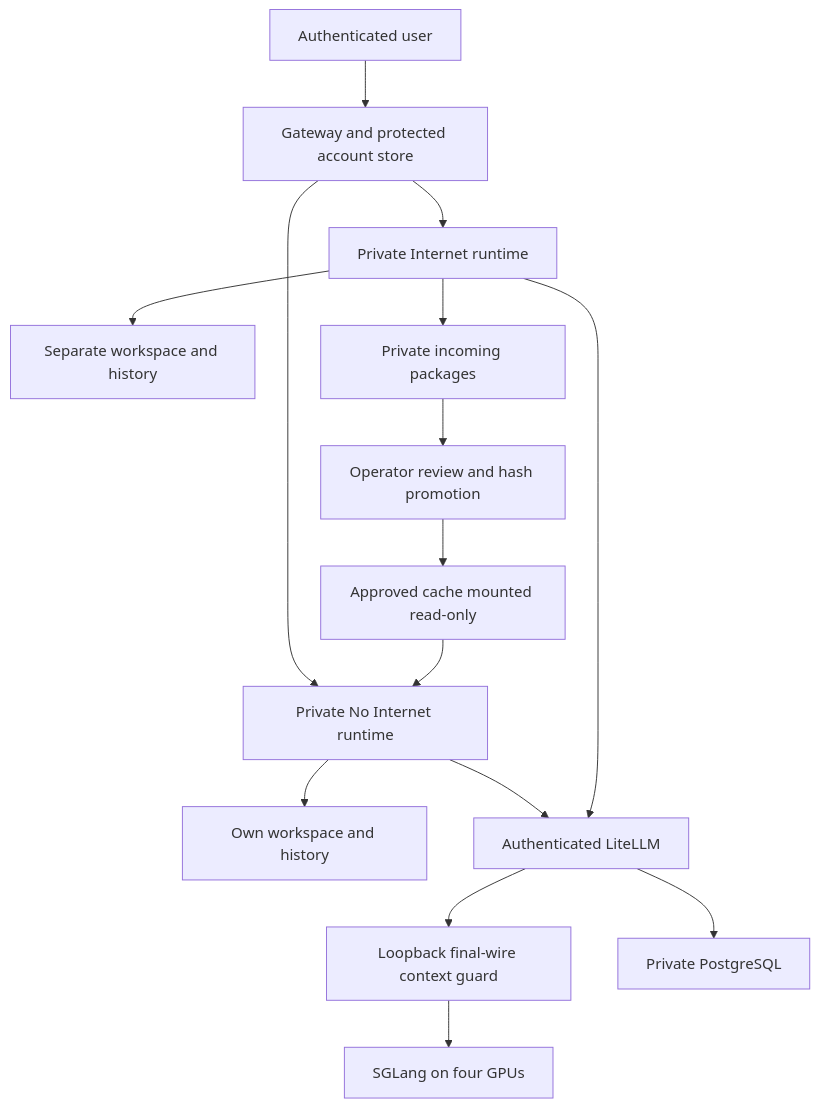
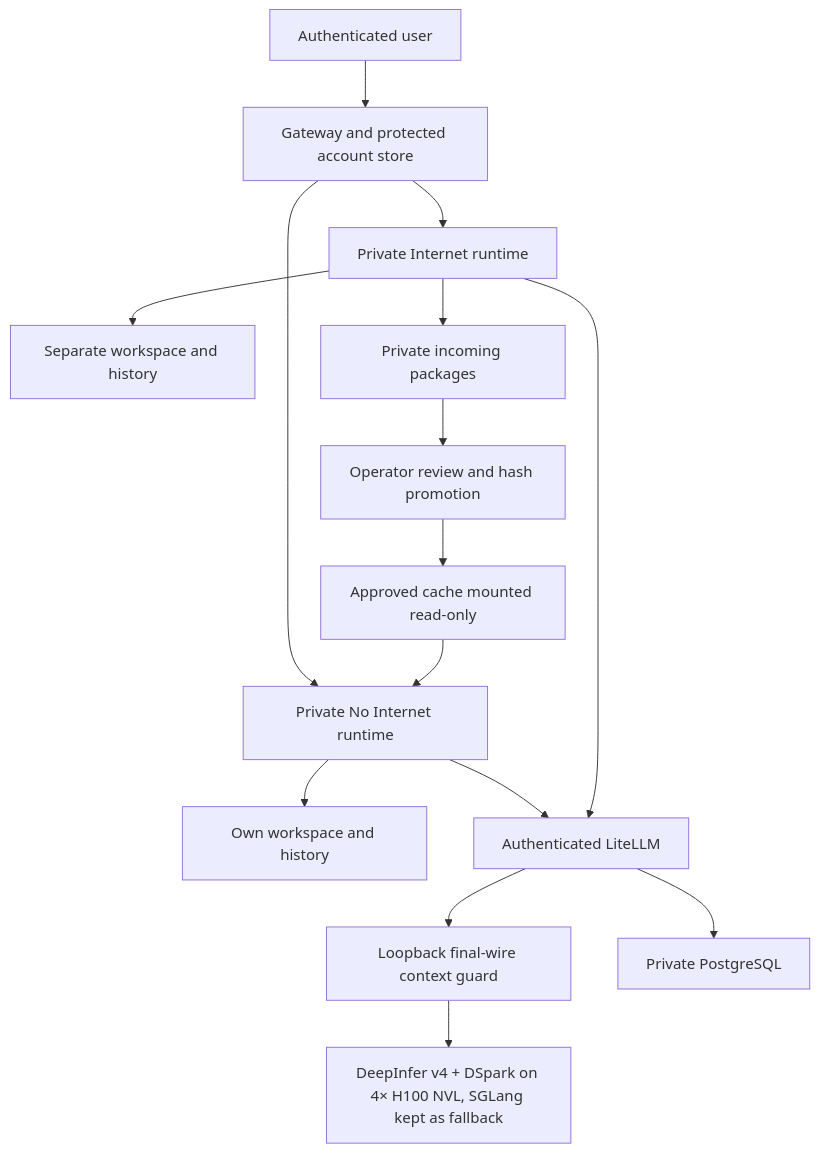
Before and after one commit to skunpoj/dsh_setup: the diagram in README.md, drawn with Mermaid. The commit also changed other lines of this file, not shown here.

First line of the commit message:
README: DeepInfer serves production; SGLang is the fallback

````diff
--- a/README.md
+++ b/README.md
@@ -93,17 +94,17 @@
 ```mermaid
 flowchart TB
   U[Authenticated user] --> G[Gateway and protected account store]
   G --> N[Private No Internet runtime]
   G --> I[Private Internet runtime]
   N --> P[Own workspace and history]
   I --> Q[Separate workspace and history]
   N --> L[Authenticated LiteLLM]
   I --> L
   L --> F[Loopback final-wire context guard]
-  F --> M[SGLang on four GPUs]
+  F --> M[DeepInfer v4 + DSpark on 4× H100 NVL, SGLang kept as fallback]
   L --> DB[Private PostgreSQL]
   I --> C[Private incoming packages]
   C --> O[Operator review and hash promotion]
   O --> A[Approved cache mounted read-only]
   A --> N
 ```
````
